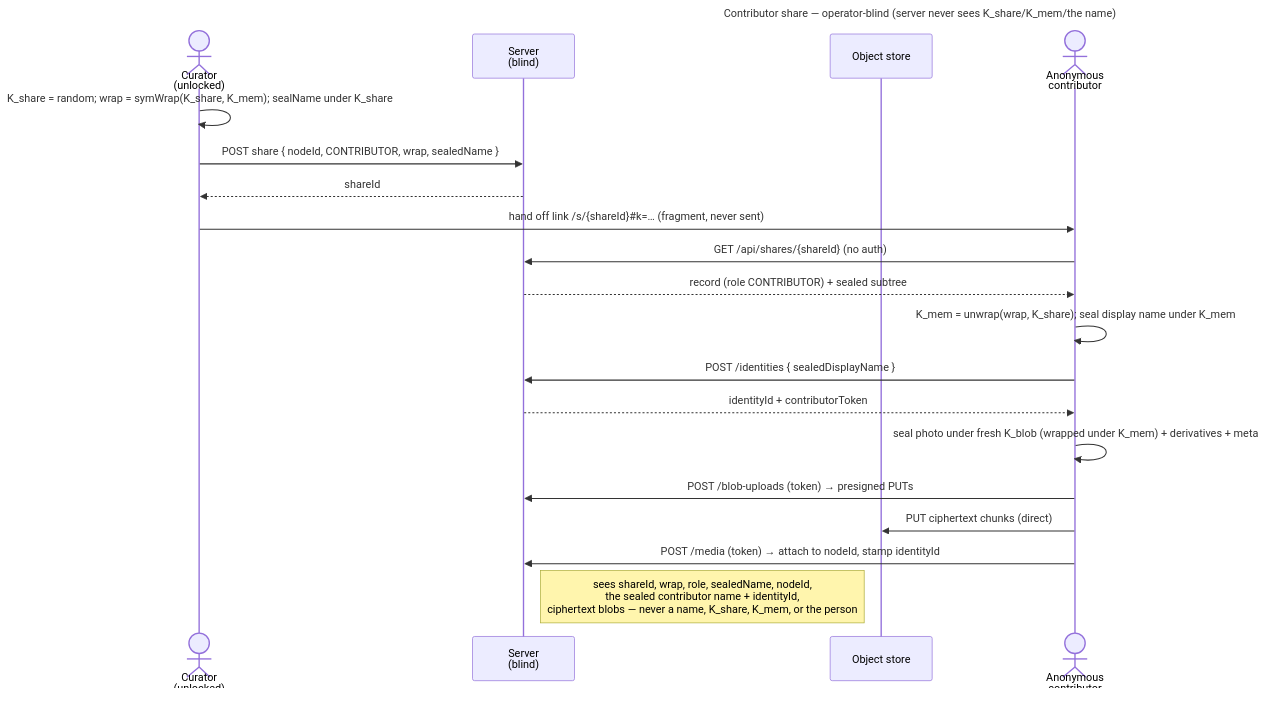
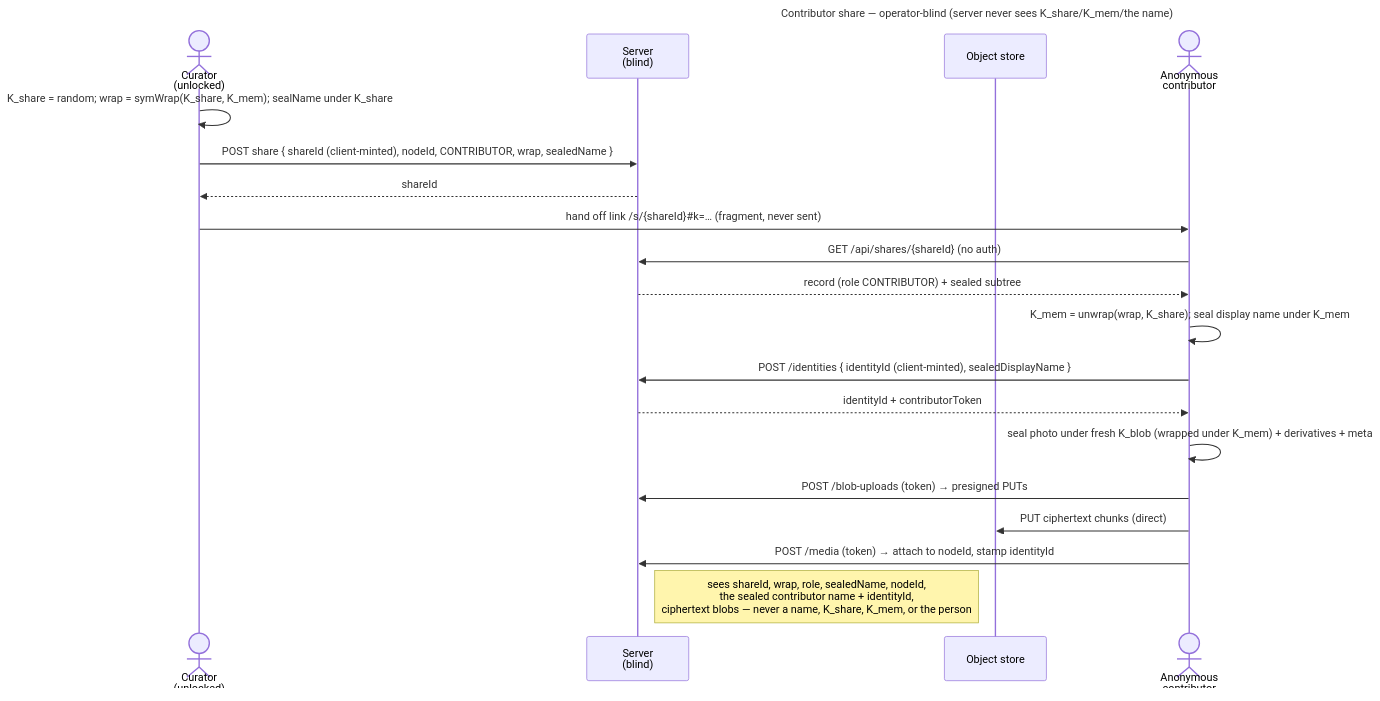
Before and after one commit to raddatzk/veyq: the diagram in docs/features/sharing/use-cases/uc.sharing.share-contributor.md, drawn with Mermaid. The commit also changed other lines of this file and 19 other files, not shown here.

````diff
--- a/docs/features/sharing/use-cases/uc.sharing.share-contributor.md
+++ b/docs/features/sharing/use-cases/uc.sharing.share-contributor.md
@@ -48,24 +49,24 @@
 ```mermaid
 ---
 title: Contributor share — operator-blind (server never sees K_share/K_mem/the name)
 ---
 sequenceDiagram
   actor C as Curator<br>(unlocked)
   participant S as Server<br>(blind)
   participant O as Object store
   actor V as Anonymous<br>contributor
   C->>C: K_share = random#59; wrap = symWrap(K_share, K_mem)#59; sealName under K_share
-  C->>S: POST share { nodeId, CONTRIBUTOR, wrap, sealedName }
+  C->>S: POST share { shareId (client-minted), nodeId, CONTRIBUTOR, wrap, sealedName }
   S-->>C: shareId
   C->>V: hand off link /s/{shareId}#35;k=…   (fragment, never sent)
   V->>S: GET /api/shares/{shareId}   (no auth)
   S-->>V: record (role CONTRIBUTOR) + sealed subtree
   V->>V: K_mem = unwrap(wrap, K_share)#59; seal display name under K_mem
-  V->>S: POST /identities { sealedDisplayName }
+  V->>S: POST /identities { identityId (client-minted), sealedDisplayName }
   S-->>V: identityId + contributorToken
   V->>V: seal photo under fresh K_blob (wrapped under K_mem) + derivatives + meta
   V->>S: POST /blob-uploads (token) → presigned PUTs
   V->>O: PUT ciphertext chunks (direct)
   V->>S: POST /media (token) → attach to nodeId, stamp identityId
   Note right of S: sees shareId, wrap, role, sealedName, nodeId,<br>the sealed contributor name + identityId,<br>ciphertext blobs — never a name, K_share, K_mem, or the person
 ```
````
